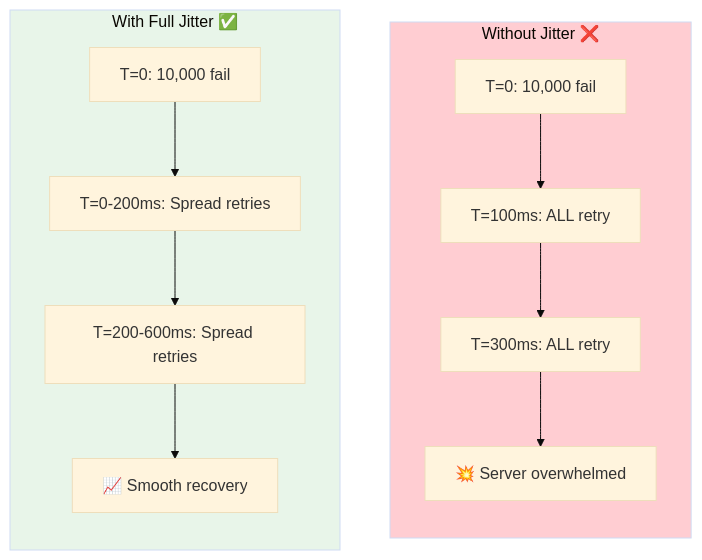
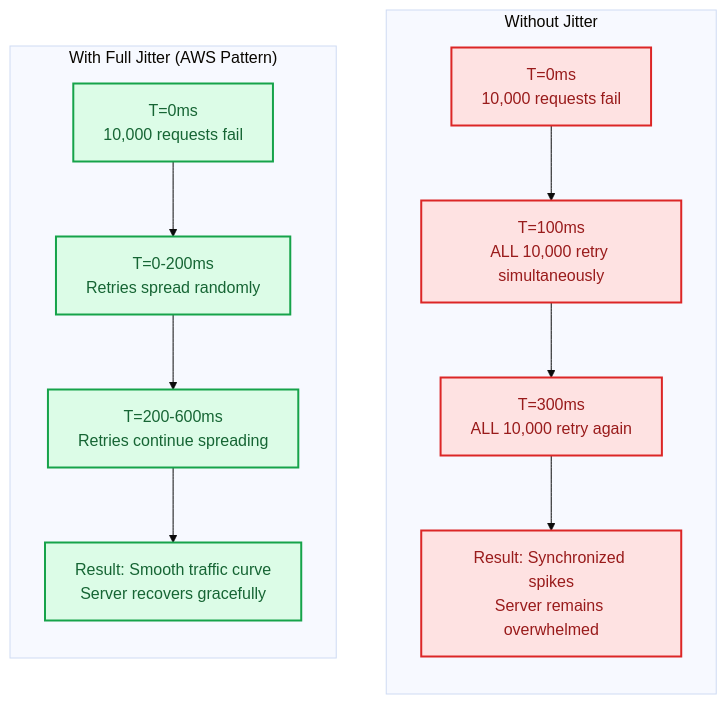
Before and after one commit to udaytamma/Cyrus: the first of 2 diagrams in gemini-responses/retry-strategies-20260120-1301.md, drawn with Mermaid (base theme). The commit also changed other lines of this file and 28 other files, not shown here.

First line of the commit message:
Upgrade Knowledge Base Mermaid diagrams to professional styling

````diff
--- a/gemini-responses/retry-strategies-20260120-1301.md
+++ b/gemini-responses/retry-strategies-20260120-1301.md
@@ -30,23 +30,27 @@
 ```mermaid
 flowchart TB
-    subgraph NoJitter["Without Jitter ❌"]
+    subgraph NoJitter["Without Jitter"]
         direction TB
-        T0N["T=0: 10,000 fail"]
-        T1N["T=100ms: ALL retry"]
-        T2N["T=300ms: ALL retry"]
-        T3N["💥 Server overwhelmed"]
+        T0N["T=0ms<br/>10,000 requests fail"]
+        T1N["T=100ms<br/>ALL 10,000 retry simultaneously"]
+        T2N["T=300ms<br/>ALL 10,000 retry again"]
+        T3N["Result: Synchronized spikes<br/>Server remains overwhelmed"]
         T0N --> T1N --> T2N --> T3N
     end
 
-    subgraph WithJitter["With Full Jitter ✅"]
+    subgraph WithJitter["With Full Jitter (AWS Pattern)"]
         direction TB
-        T0J["T=0: 10,000 fail"]
-        T1J["T=0-200ms: Spread retries"]
-        T2J["T=200-600ms: Spread retries"]
-        T3J["📈 Smooth recovery"]
+        T0J["T=0ms<br/>10,000 requests fail"]
+        T1J["T=0-200ms<br/>Retries spread randomly"]
+        T2J["T=200-600ms<br/>Retries continue spreading"]
+        T3J["Result: Smooth traffic curve<br/>Server recovers gracefully"]
         T0J --> T1J --> T2J --> T3J
     end
 
-    style NoJitter fill:#ffcdd2
-    style WithJitter fill:#e8f5e9
+    classDef bad fill:#fee2e2,stroke:#dc2626,color:#991b1b,stroke-width:2px
+    classDef good fill:#dcfce7,stroke:#16a34a,color:#166534,stroke-width:2px
+    classDef neutral fill:#f1f5f9,stroke:#64748b,color:#475569,stroke-width:1px
+
+    class T0N,T1N,T2N,T3N bad
+    class T0J,T1J,T2J,T3J good
 ```
````
